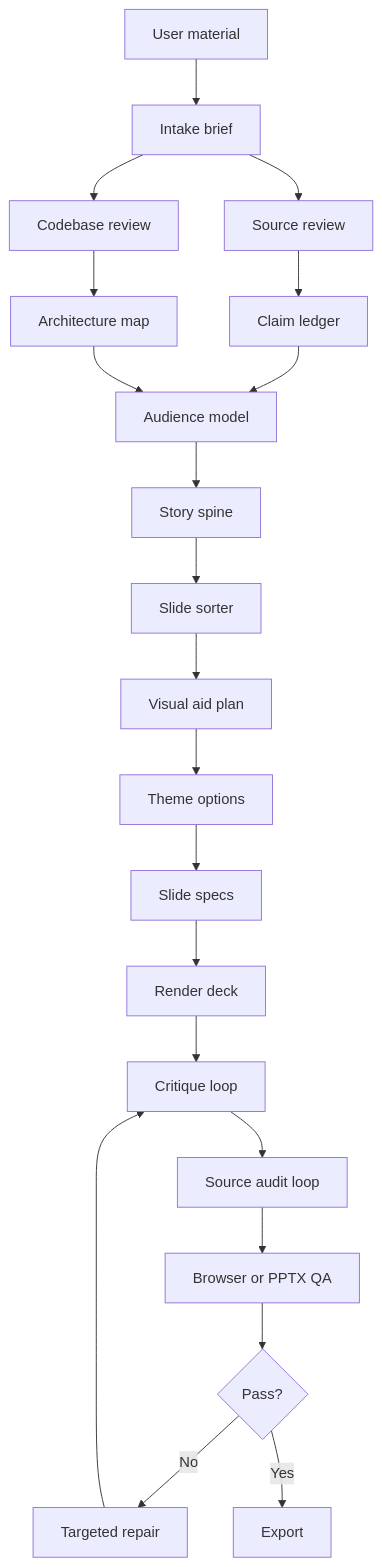
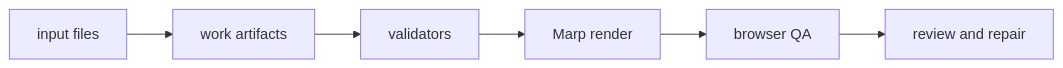
One commit to haomingkoo/slide-generator changed the diagram in README.md. Above: the diagram before and after it, drawn with Mermaid. The commit also changed other lines of this file and 42 other files, not shown here.

````diff
--- a/README.md
+++ b/README.md
@@ -284,23 +45,8 @@
 ```mermaid
-flowchart TD
-  A[User material] --> B[Intake brief]
-  B --> C[Source review]
-  B --> D[Codebase review]
-  C --> E[Claim ledger]
-  D --> F[Architecture map]
-  E --> G[Audience model]
-  F --> G
-  G --> H[Story spine]
-  H --> I[Slide sorter]
-  I --> J[Visual aid plan]
-  J --> K[Theme options]
-  K --> L[Slide specs]
-  L --> M[Render deck]
-  M --> N[Critique loop]
-  N --> O[Source audit loop]
-  O --> P[Browser or PPTX QA]
-  P --> Q{Pass?}
-  Q -->|No| R[Targeted repair]
-  R --> N
-  Q -->|Yes| S[Export]
+flowchart LR
+  A[input files] --> B[work artifacts]
+  B --> C[validators]
+  C --> D[Marp render]
+  D --> E[browser QA]
+  E --> F[review and repair]
 ```
````
